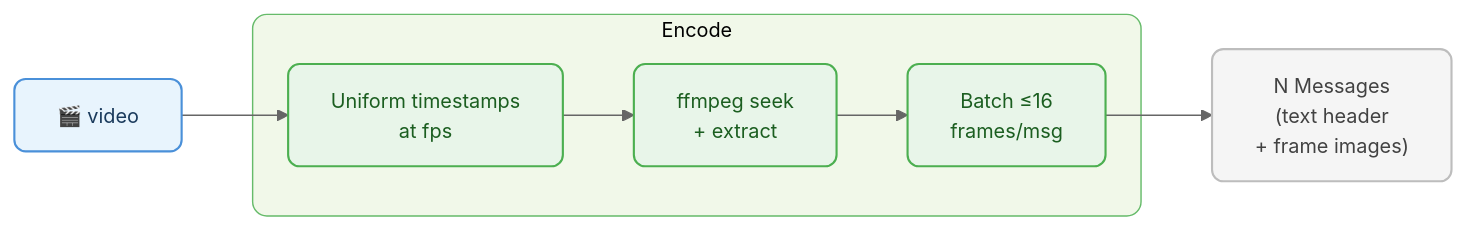
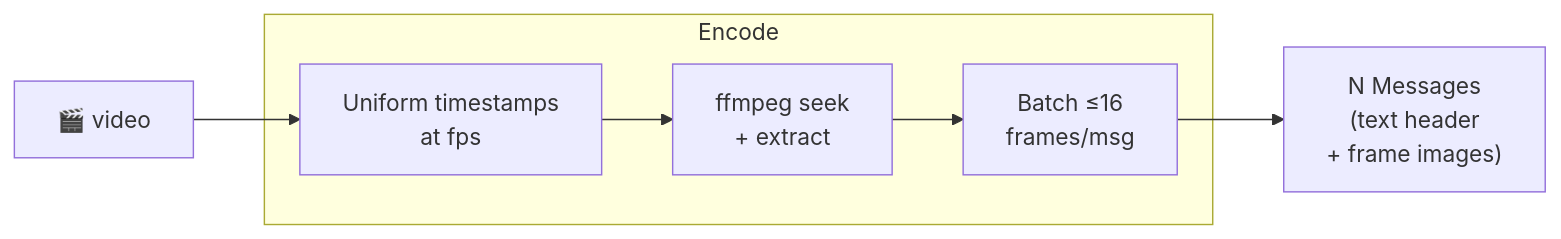
The fourth of 17 diagrams in docs/ENCODERS.md (vlm-run/mm), drawn with Mermaid before and after one commit. The commit also changed other lines of this file and 3 other files, not shown here.

````diff
--- a/docs/ENCODERS.md
+++ b/docs/ENCODERS.md
@@ -120,21 +99,14 @@
 ```mermaid
-%%{init: {'theme': 'base', 'themeVariables': { 'fontSize': '14px', 'primaryColor': '#e8f4fd', 'primaryBorderColor': '#4a90d9', 'lineColor': '#666'}}}%%
 graph LR
-  video["🎬 video"]:::input
+  video["🎬 video"]
 
   subgraph encode ["Encode"]
-    ts["Uniform timestamps\nat fps"]:::encode
-    ffmpeg["ffmpeg seek\n+ extract"]:::encode
-    batch["Batch ≤16\nframes/msg"]:::encode
+    ts["Uniform timestamps\nat fps"]
+    ffmpeg["ffmpeg seek\n+ extract"]
+    batch["Batch ≤16\nframes/msg"]
   end
 
-  msgs["N Messages\n(text header\n+ frame images)"]:::output
+  msgs["N Messages\n(text header\n+ frame images)"]
 
   video --> ts --> ffmpeg --> batch --> msgs
-
-  classDef input fill:#e8f4fd,stroke:#4a90d9,stroke-width:1.5px,color:#1a3a5c,rx:8
-  classDef encode fill:#e8f5e9,stroke:#4caf50,stroke-width:1.5px,color:#1b5e20,rx:8
-  classDef output fill:#f5f5f5,stroke:#bdbdbd,stroke-width:1.5px,color:#424242,rx:8
-
-  style encode fill:#f1f8e9,stroke:#66bb6a,stroke-width:1px,rx:10
 ```
````
